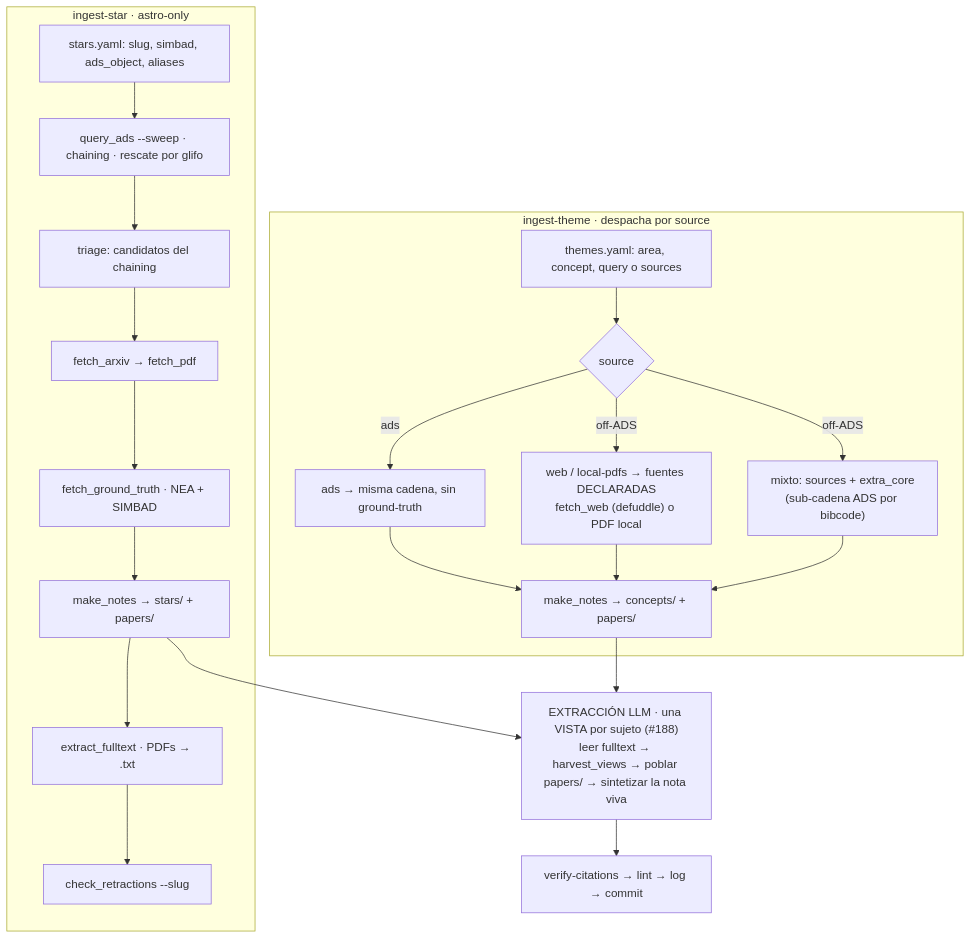
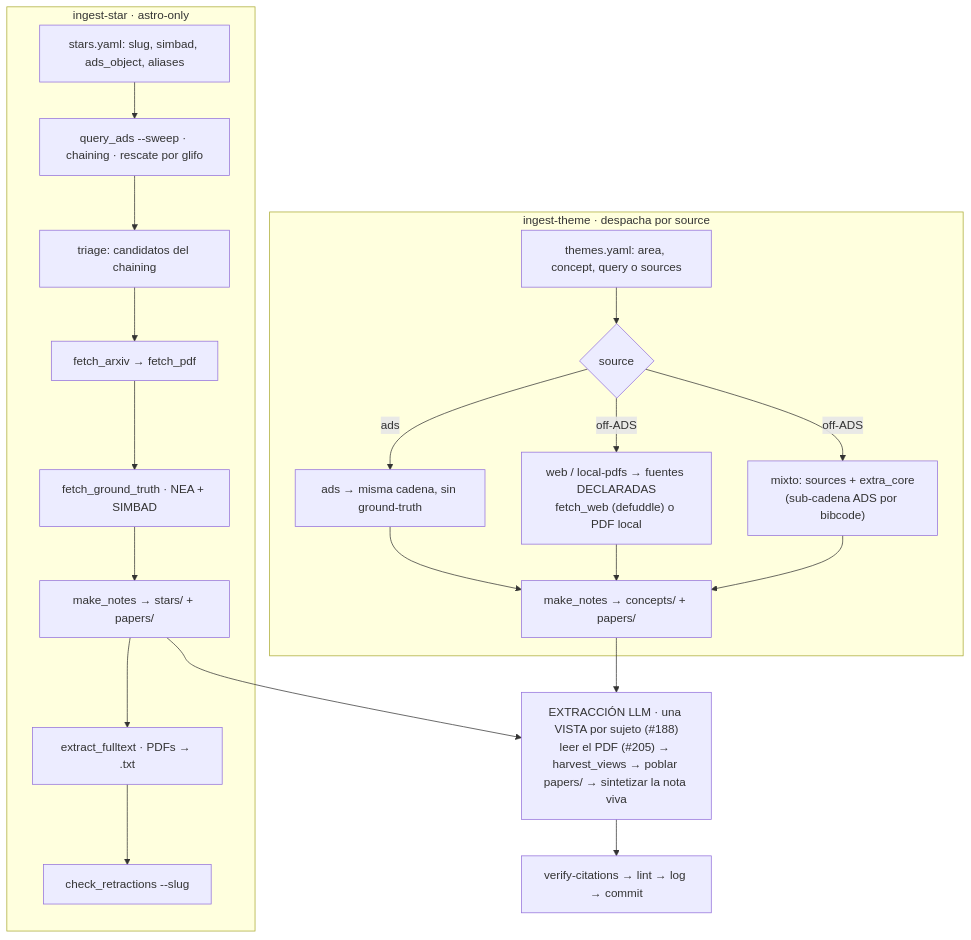
The first of 2 diagrams in docs/ingesta.md (nicklessagus/Almagesto), drawn with Mermaid before and after one commit. The commit also changed 16 other files, not shown here.

````diff
--- a/docs/ingesta.md
+++ b/docs/ingesta.md
@@ -106,31 +106,31 @@
 ```mermaid
 flowchart TD
     subgraph S["ingest-star · astro-only"]
         S1[stars.yaml: slug, simbad, ads_object, aliases]
         S2["query_ads --sweep · chaining · rescate por glifo"]
         S3[triage: candidatos del chaining]
         S4["fetch_arxiv → fetch_pdf"]
         S5["fetch_ground_truth · NEA + SIMBAD"]
         S6[make_notes → stars/ + papers/]
         S7["extract_fulltext · PDFs → .txt"]
         S8[check_retractions --slug]
         S1 --> S2 --> S3 --> S4 --> S5 --> S6 --> S7 --> S8
     end
 
     subgraph T["ingest-theme · despacha por source"]
         T1[themes.yaml: area, concept, query o sources]
         T2{source}
         T3["ads → misma cadena, sin ground-truth"]
         T4["web / local-pdfs → fuentes DECLARADAS<br/>fetch_web (defuddle) o PDF local"]
         T5["mixto: sources + extra_core<br/>(sub-cadena ADS por bibcode)"]
         T6[make_notes → concepts/ + papers/]
         T1 --> T2
         T2 -->|ads| T3 --> T6
         T2 -->|off-ADS| T4 --> T6
         T2 -->|off-ADS| T5 --> T6
     end
 
-    S6 --> L["EXTRACCIÓN LLM · una VISTA por sujeto (#188)<br/>leer fulltext → harvest_views → poblar papers/ → sintetizar la nota viva"]
+    S6 --> L["EXTRACCIÓN LLM · una VISTA por sujeto (#188)<br/>leer el PDF (#205) → harvest_views → poblar papers/ → sintetizar la nota viva"]
     T6 --> L
     L --> V["verify-citations → lint → log → commit"]
 ```
````
